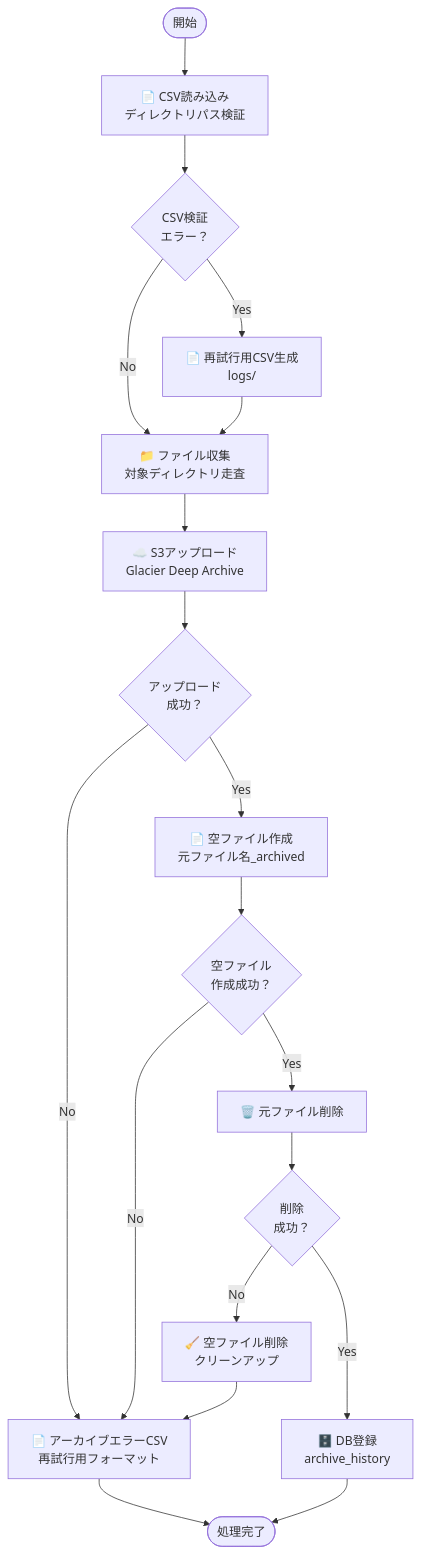
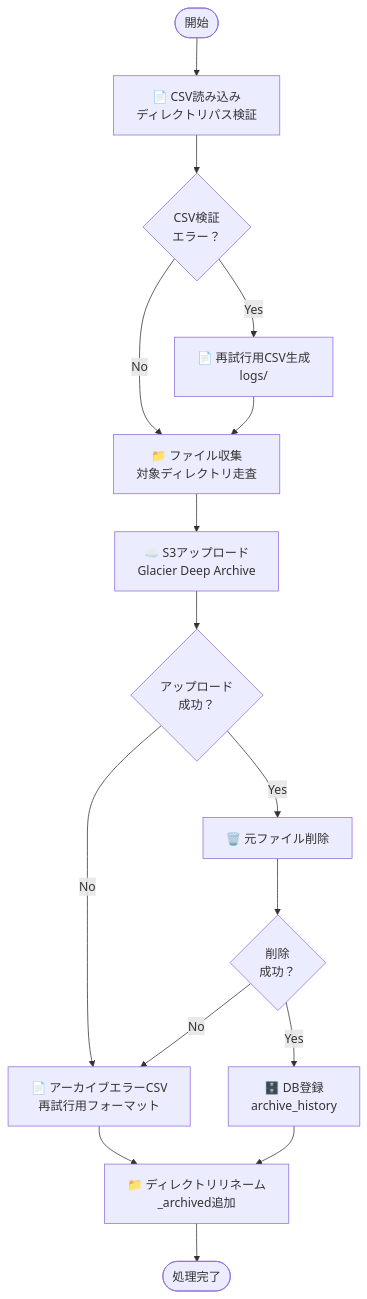
Before and after one commit to SantaSan-1224/HideoutRepo: the second of 4 diagrams in archive/doc/detailed_design_doc.md, drawn with Mermaid. The commit also changed other lines of this file, not shown here.

````diff
--- a/archive/doc/detailed_design_doc.md
+++ b/archive/doc/detailed_design_doc.md
@@ -264,27 +297,23 @@
 ```mermaid
 flowchart TD
     Start([開始]) --> CSV_Input[📄 CSV読み込み<br/>ディレクトリパス検証]
 
     CSV_Input --> CSV_Error{CSV検証<br/>エラー？}
     CSV_Error -->|Yes| CSV_Retry[📄 再試行用CSV生成<br/>logs/]
     CSV_Error -->|No| File_Collect[📁 ファイル収集<br/>対象ディレクトリ走査]
     CSV_Retry --> File_Collect
 
     File_Collect --> S3_Upload[☁️ S3アップロード<br/>Glacier Deep Archive]
 
     S3_Upload --> Upload_Success{アップロード<br/>成功？}
     Upload_Success -->|No| Archive_Error[📄 アーカイブエラーCSV<br/>再試行用フォーマット]
-    Upload_Success -->|Yes| Create_Empty[📄 空ファイル作成<br/>元ファイル名_archived]
-
-    Create_Empty --> Empty_Success{空ファイル<br/>作成成功？}
-    Empty_Success -->|No| Archive_Error
-    Empty_Success -->|Yes| Delete_Original[🗑️ 元ファイル削除]
+    Upload_Success -->|Yes| Delete_Original[🗑️ 元ファイル削除]
 
     Delete_Original --> Delete_Success{削除<br/>成功？}
-    Delete_Success -->|No| Cleanup[🧹 空ファイル削除<br/>クリーンアップ]
+    Delete_Success -->|No| Archive_Error
     Delete_Success -->|Yes| DB_Insert[🗄️ DB登録<br/>archive_history]
 
-    Cleanup --> Archive_Error
-    Archive_Error --> Process_End
-    DB_Insert --> Process_End([処理完了])
+    Archive_Error --> Dir_Rename
+    DB_Insert --> Dir_Rename[📁 ディレクトリリネーム<br/>_archived追加]
+    Dir_Rename --> Process_End([処理完了])
 ```
````
